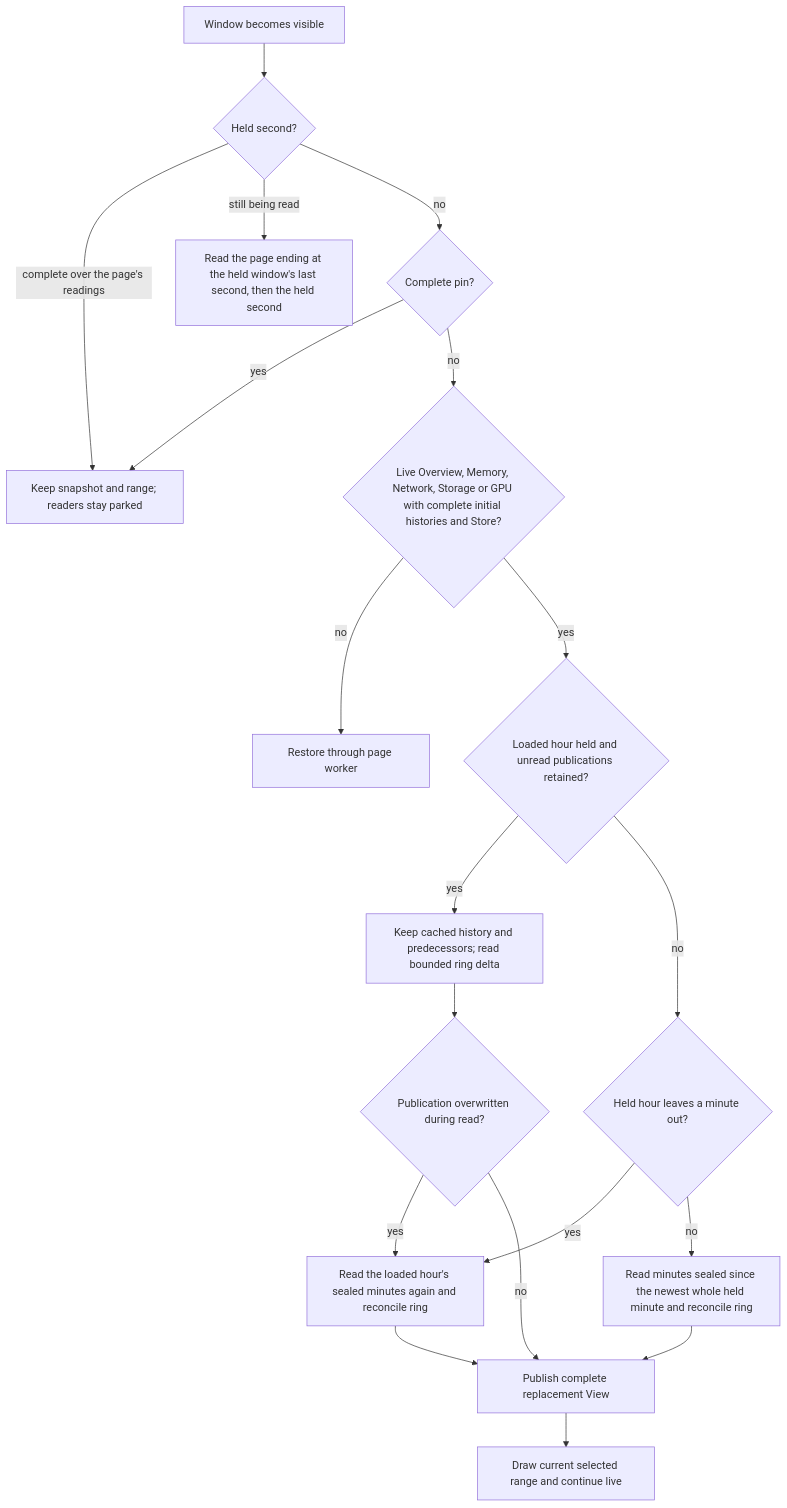
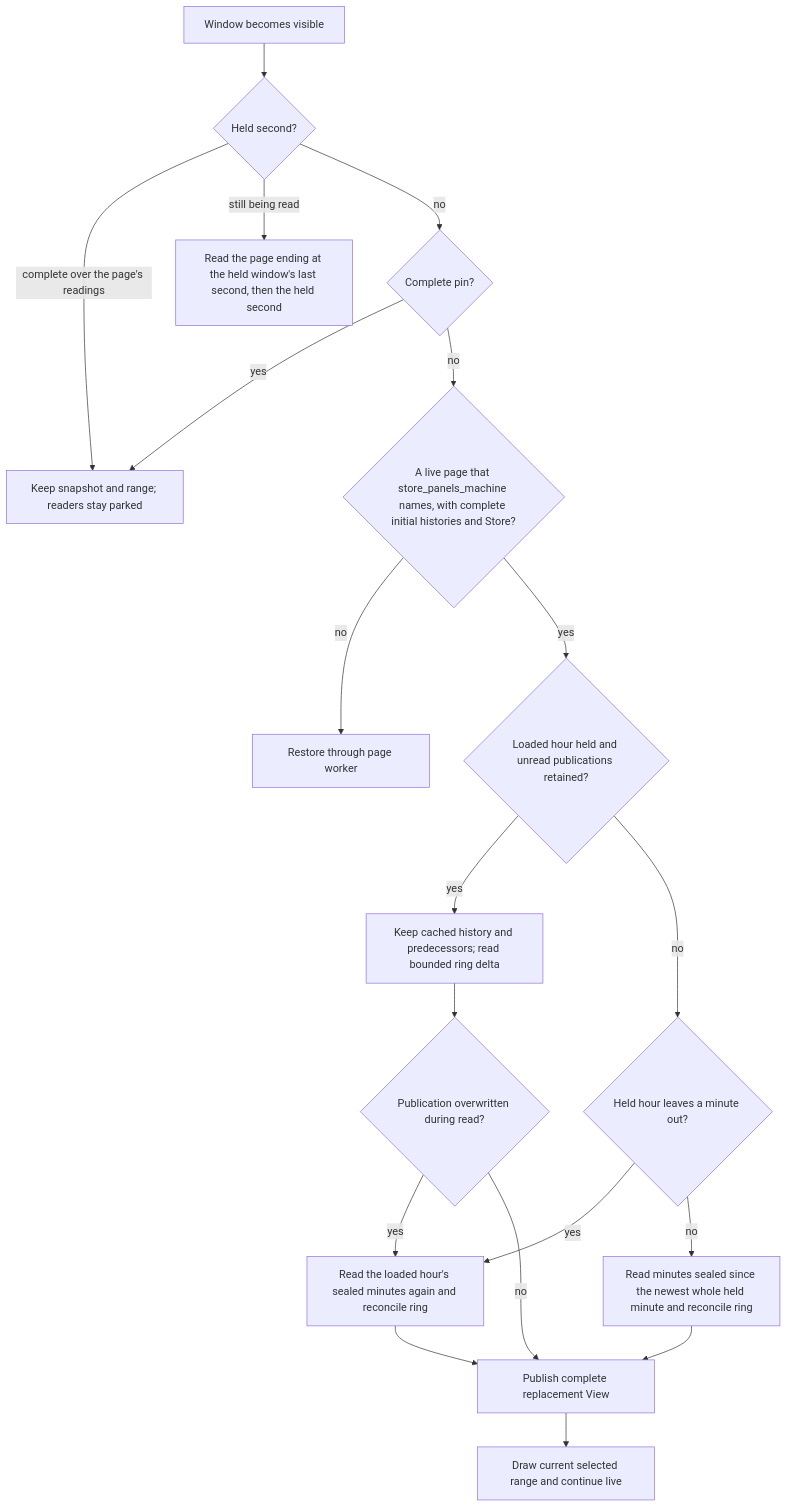
Before and after one commit to joaofnds/flightdeck: the third of 3 diagrams in docs/architecture.md, drawn with Mermaid. The commit also changed other lines of this file and 15 other files, not shown here.

First line of the commit message:
draw the battery page from the store's view

````diff
--- a/docs/architecture.md
+++ b/docs/architecture.md
@@ -189,21 +188,21 @@
 ```mermaid
 flowchart TD
     Show[Window becomes visible] --> Held{Held second?}
     Held -->|complete over the page's readings| Keep
     Held -->|still being read| HeldRead[Read the page ending at the held window's last second, then the held second]
     Held -->|no| Pin{Complete pin?}
     Pin -->|yes| Keep[Keep snapshot and range; readers stay parked]
-    Pin -->|no| Eligible{Live Overview, Memory, Network, Storage or GPU with complete initial histories and Store?}
+    Pin -->|no| Eligible{A live page that store_panels_machine names, with complete initial histories and Store?}
     Eligible -->|no| Worker[Restore through page worker]
     Eligible -->|yes| Covered{Loaded hour held and unread publications retained?}
     Covered -->|yes| Delta[Keep cached history and predecessors; read bounded ring delta]
     Covered -->|no| LeftOut{Held hour leaves a minute out?}
     LeftOut -->|yes| Hour
     LeftOut -->|no| Reload[Read minutes sealed since the newest whole held minute and reconcile ring]
     Delta --> Lost{Publication overwritten during read?}
     Lost -->|yes| Hour[Read the loaded hour's sealed minutes again and reconcile ring]
     Lost -->|no| Complete[Publish complete replacement View]
     Reload --> Complete
     Hour --> Complete
     Complete --> Live[Draw current selected range and continue live]
 ```
````
